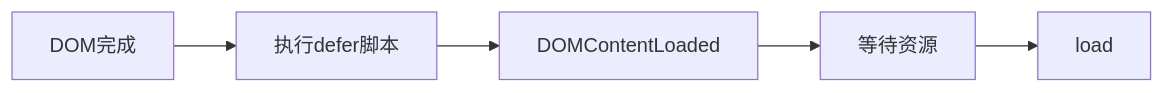
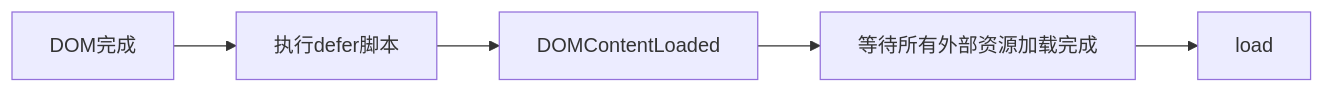
One commit to jianhua1996/vitepress-blog changed the fourth of 9 diagrams in posts/浏览器渲染原理（一）.md. Above: the diagram before and after it, drawn with Mermaid. The commit also changed other lines of this file and 2 other files, not shown here.

````diff
--- a/posts/浏览器渲染原理（一）.md
+++ b/posts/浏览器渲染原理（一）.md
@@ -152,5 +151,5 @@
 ```mermaid
   flowchart LR
   DOM完成 --> 执行defer脚本 --> DOMContentLoaded
-  DOMContentLoaded --> 等待资源 --> load
+  DOMContentLoaded --> 等待所有外部资源加载完成 --> load
 ```
````
